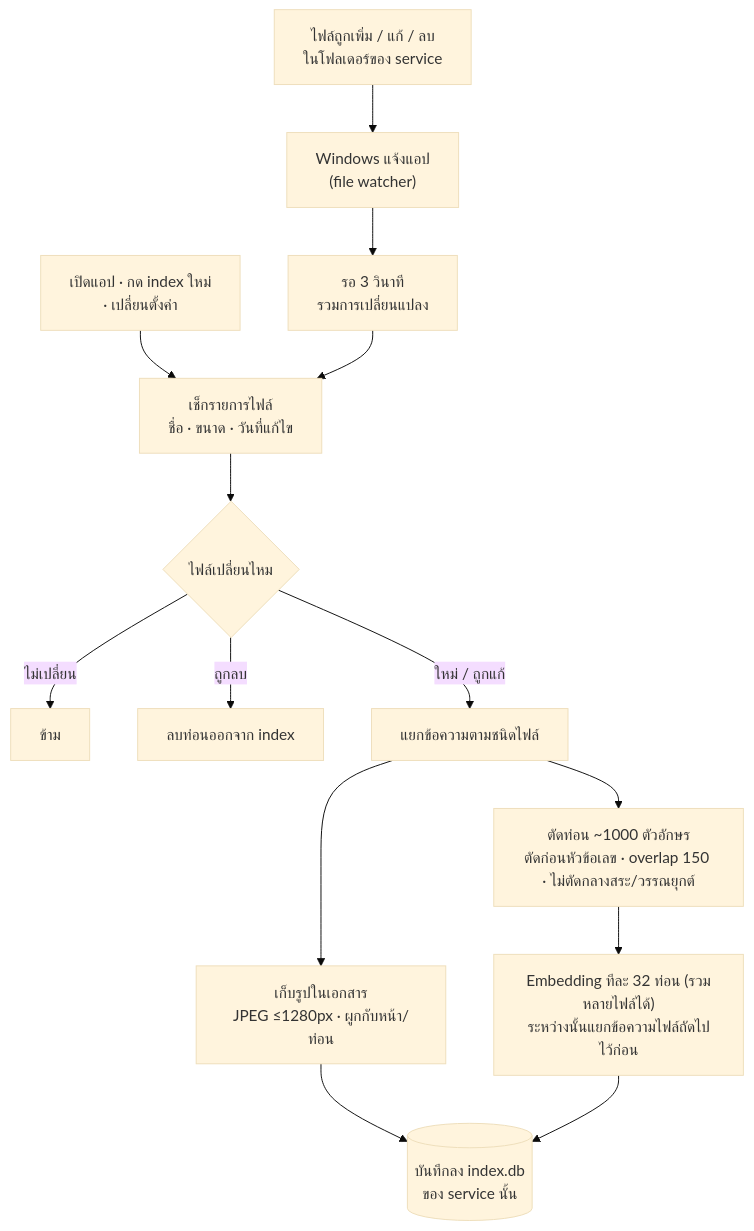
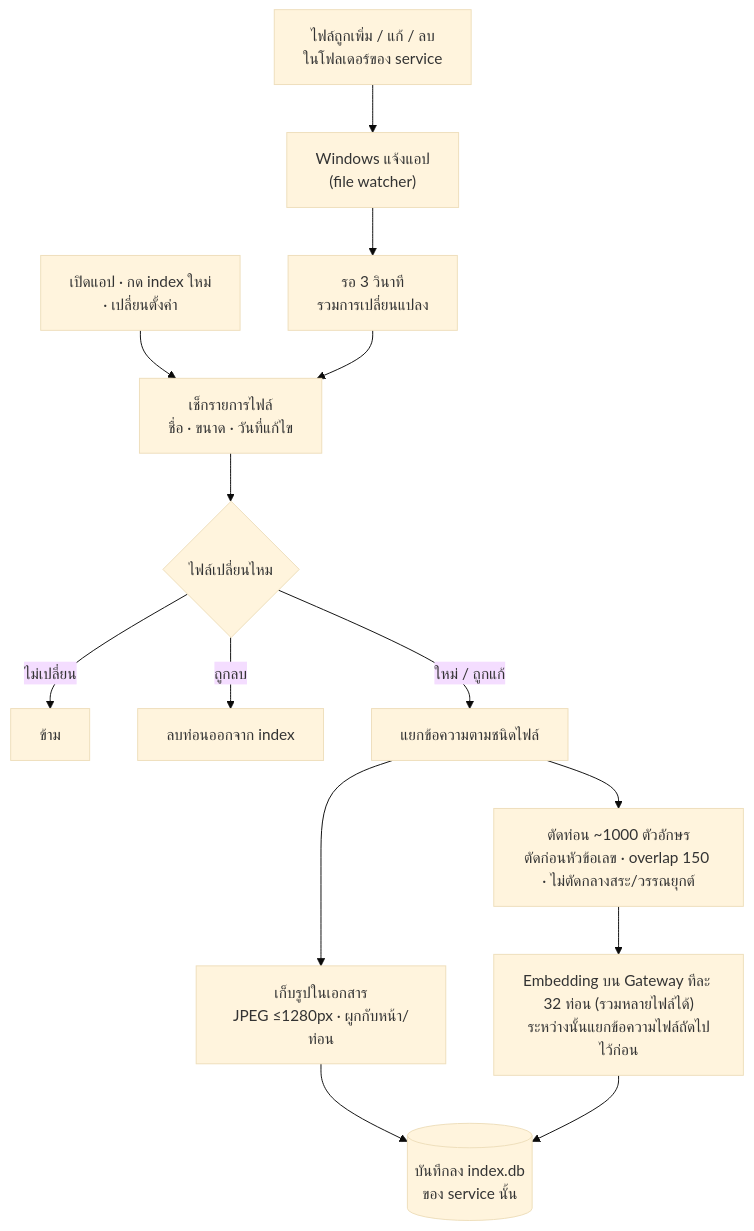
The second of 5 diagrams in README.md (bebarboss/local_notebook), drawn with Mermaid (base theme) before and after one commit. The commit also changed other lines of this file and 25 other files, not shown here.

````diff
--- a/README.md
+++ b/README.md
@@ -77,15 +76,15 @@
 ```mermaid
 flowchart TD
     A["ไฟล์ถูกเพิ่ม / แก้ / ลบ<br/>ในโฟลเดอร์ของ service"] --> B["Windows แจ้งแอป<br/>(file watcher)"]
     S["เปิดแอป · กด index ใหม่<br/>· เปลี่ยนตั้งค่า"] --> C
     B --> W["รอ 3 วินาที<br/>รวมการเปลี่ยนแปลง"] --> C["เช็กรายการไฟล์<br/>ชื่อ · ขนาด · วันที่แก้ไข"]
     C --> D{"ไฟล์เปลี่ยนไหม"}
     D -->|ไม่เปลี่ยน| SKIP["ข้าม"]
     D -->|ถูกลบ| DEL["ลบท่อนออกจาก index"]
     D -->|ใหม่ / ถูกแก้| E["แยกข้อความตามชนิดไฟล์"]
     E --> G["ตัดท่อน ~1000 ตัวอักษร<br/>ตัดก่อนหัวข้อเลข · overlap 150 · ไม่ตัดกลางสระ/วรรณยุกต์"]
     E --> P["เก็บรูปในเอกสาร<br/>JPEG ≤1280px · ผูกกับหน้า/ท่อน"]
     P --> I
-    G --> H["Embedding ทีละ 32 ท่อน (รวมหลายไฟล์ได้)<br/>ระหว่างนั้นแยกข้อความไฟล์ถัดไปไว้ก่อน"]
+    G --> H["Embedding บน Gateway ทีละ 32 ท่อน (รวมหลายไฟล์ได้)<br/>ระหว่างนั้นแยกข้อความไฟล์ถัดไปไว้ก่อน"]
     H --> I[("บันทึกลง index.db<br/>ของ service นั้น")]
 ```
````
